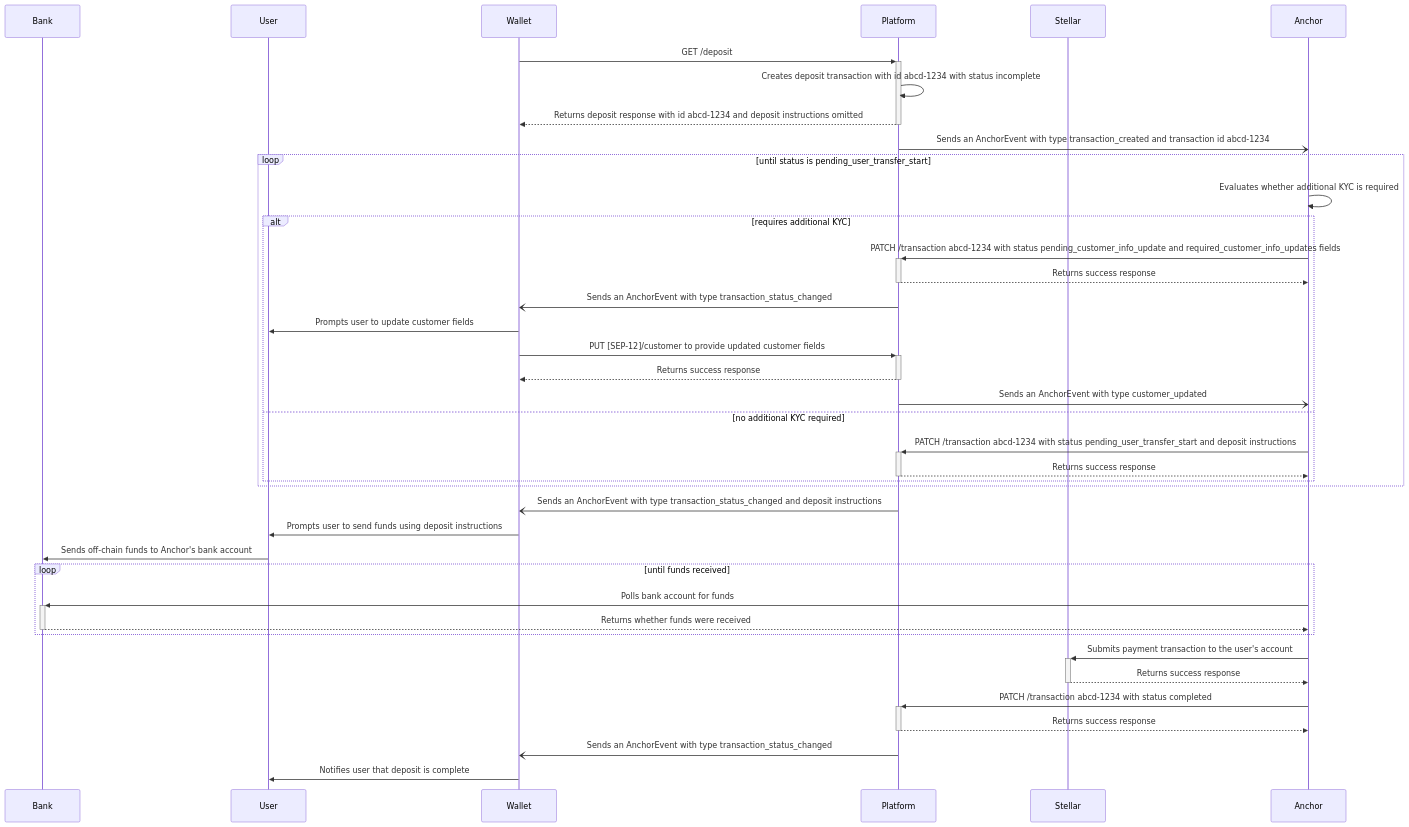
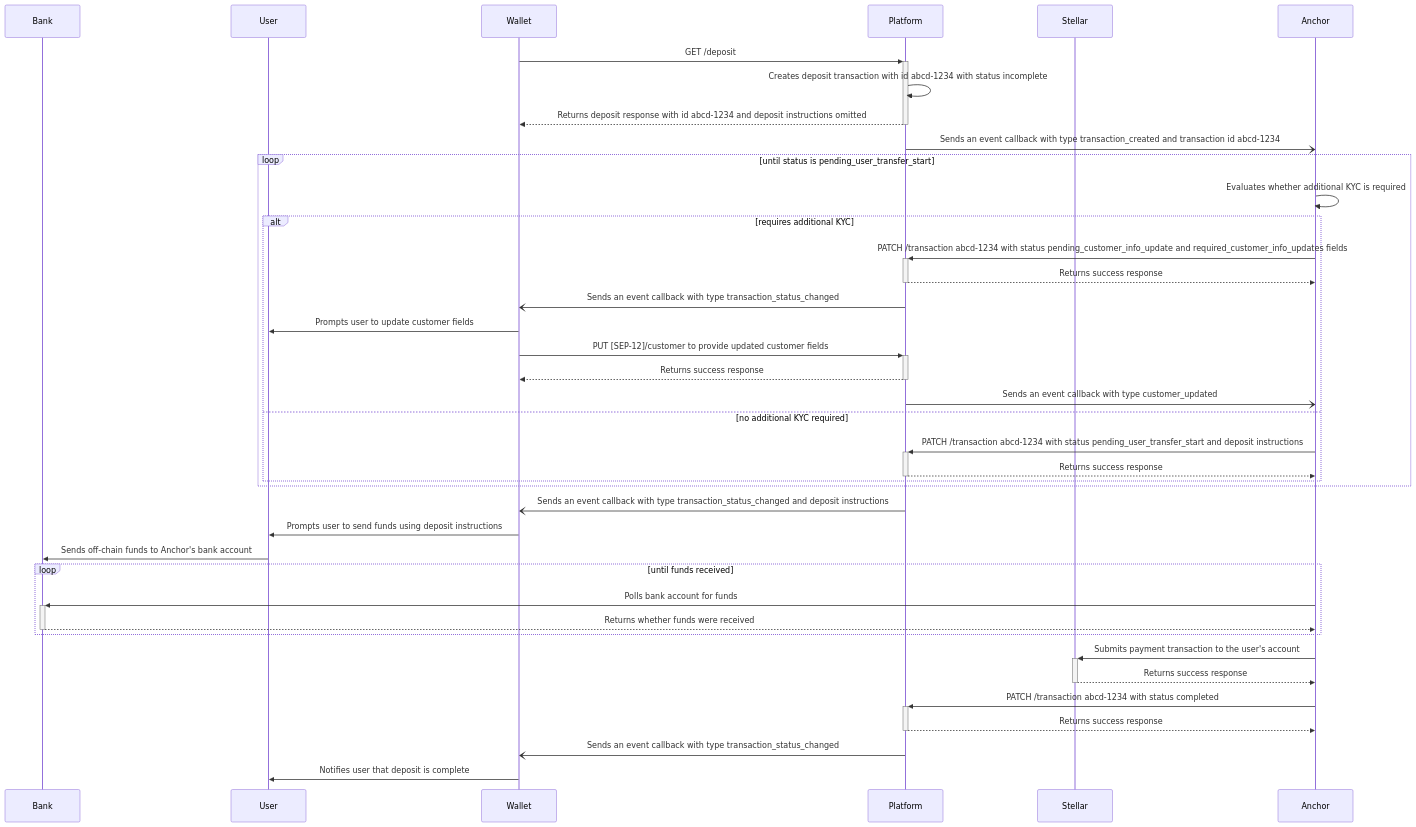
The diagram in docs/diagrams/sep6/deposit.md (stellar/java-stellar-anchor-sdk), drawn with Mermaid before and after one commit. The commit also changed other lines of this file, not shown here.

Commit message:
PR comments

````diff
--- a/docs/diagrams/sep6/deposit.md
+++ b/docs/diagrams/sep6/deposit.md
@@ -7,42 +7,42 @@
 ```mermaid
 sequenceDiagram
   participant Bank
   participant User
   participant Wallet
   participant Platform
   participant Stellar
   participant Anchor
 
   Wallet->>+Platform: GET /deposit
   Platform->>Platform: Creates deposit transaction with id abcd-1234 with status incomplete
   Platform-->>-Wallet: Returns deposit response with id abcd-1234 and deposit instructions omitted
-  Platform-)Anchor: Sends an AnchorEvent with type transaction_created and transaction id abcd-1234
+  Platform-)Anchor: Sends an event callback with type transaction_created and transaction id abcd-1234
   loop until status is pending_user_transfer_start
     Anchor->>Anchor: Evaluates whether additional KYC is required
     alt requires additional KYC
       Anchor->>+Platform: PATCH /transaction abcd-1234 with status pending_customer_info_update and required_customer_info_updates fields
       Platform-->>-Anchor: Returns success response
-      Platform-)Wallet: Sends an AnchorEvent with type transaction_status_changed
+      Platform-)Wallet: Sends an event callback with type transaction_status_changed
       Wallet->>User: Prompts user to update customer fields
       Wallet->>+Platform: PUT [SEP-12]/customer to provide updated customer fields
       Platform-->>-Wallet: Returns success response
-      Platform-)Anchor: Sends an AnchorEvent with type customer_updated
+      Platform-)Anchor: Sends an event callback with type customer_updated
     else no additional KYC required
       Anchor->>+Platform: PATCH /transaction abcd-1234 with status pending_user_transfer_start and deposit instructions
       Platform-->>-Anchor: Returns success response
     end
   end
-  Platform-)Wallet: Sends an AnchorEvent with type transaction_status_changed and deposit instructions
+  Platform-)Wallet: Sends an event callback with type transaction_status_changed and deposit instructions
   Wallet->>User: Prompts user to send funds using deposit instructions
   User->>Bank: Sends off-chain funds to Anchor's bank account
   loop until funds received
     Anchor->>+Bank: Polls bank account for funds
     Bank-->>-Anchor: Returns whether funds were received
   end
   Anchor->>+Stellar: Submits payment transaction to the user's account
   Stellar-->>-Anchor: Returns success response
   Anchor->>+Platform: PATCH /transaction abcd-1234 with status completed
   Platform-->>-Anchor: Returns success response
-  Platform-)Wallet: Sends an AnchorEvent with type transaction_status_changed
+  Platform-)Wallet: Sends an event callback with type transaction_status_changed
   Wallet->>User: Notifies user that deposit is complete
 ```
````
